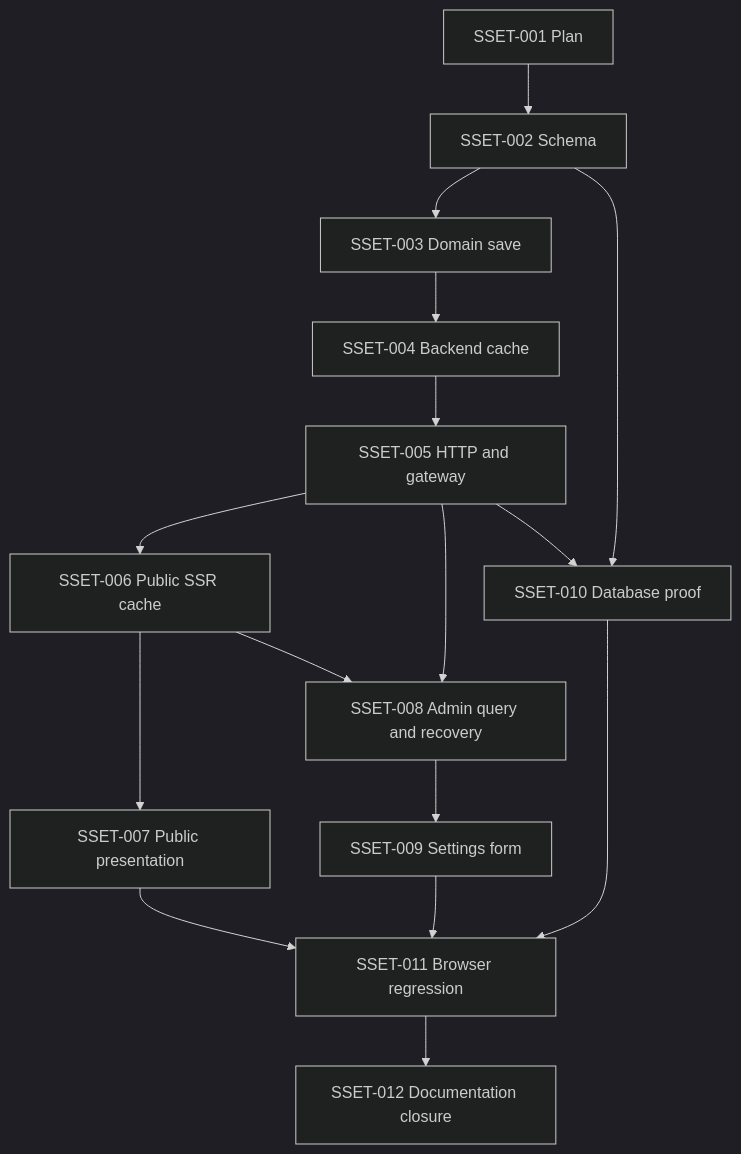
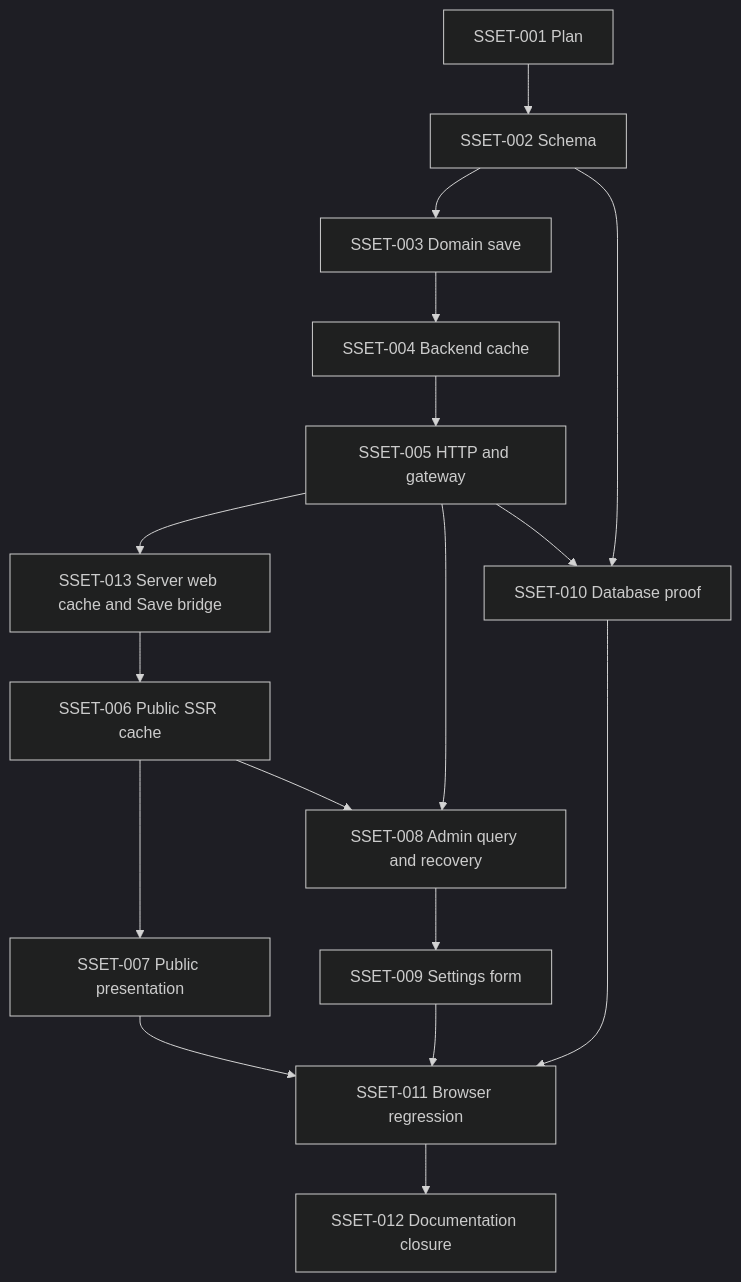
The diagram in docs/plans/site-settings/implementation-plan.md (bayuaji17/vertical-movie-app), drawn with Mermaid (dark theme) before and after one commit. The commit also changed other lines of this file and 3 other files, not shown here.

Commit message:
docs: revise site settings cache plan (SSET-001)

````diff
--- a/docs/plans/site-settings/implementation-plan.md
+++ b/docs/plans/site-settings/implementation-plan.md
@@ -132,18 +160,19 @@
 ```mermaid
 flowchart TD
   S001[SSET-001 Plan] --> S002[SSET-002 Schema]
   S002 --> S003[SSET-003 Domain save]
   S003 --> S004[SSET-004 Backend cache]
   S004 --> S005[SSET-005 HTTP and gateway]
-  S005 --> S006[SSET-006 Public SSR cache]
+  S005 --> S013[SSET-013 Server web cache and Save bridge]
+  S013 --> S006[SSET-006 Public SSR cache]
   S006 --> S007[SSET-007 Public presentation]
   S005 --> S008[SSET-008 Admin query and recovery]
   S006 --> S008
   S008 --> S009[SSET-009 Settings form]
   S005 --> S010[SSET-010 Database proof]
   S002 --> S010
   S007 --> S011[SSET-011 Browser regression]
   S009 --> S011
   S010 --> S011
   S011 --> S012[SSET-012 Documentation closure]
 ```
````
